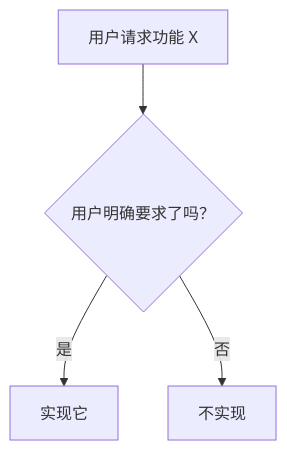
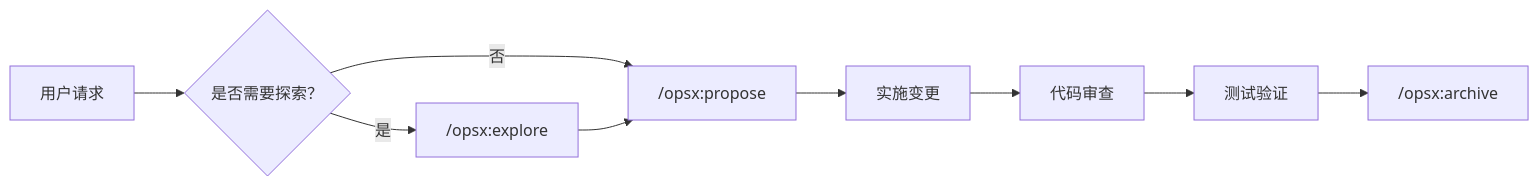
The diagram in .iflow/skills/fullstack-workflow/SKILL.md (lihaizhong/niuma), drawn with Mermaid before and after one commit. The commit also changed other lines of this file and 17 other files, not shown here.

````diff
--- a/.iflow/skills/fullstack-workflow/SKILL.md
+++ b/.iflow/skills/fullstack-workflow/SKILL.md
@@ -159,6 +48,11 @@
 ```mermaid
-flowchart TD
-    A[用户请求功能 X] --> B{用户明确要求了吗？}
-    B -->|是| C[实现它]
-    B -->|否| D[不实现]
+flowchart LR
+    A[用户请求] --> B{是否需要探索？}
+    B -->|是| C["/opsx:explore"]
+    B -->|否| D["/opsx:propose"]
+    C --> D
+    D --> E[实施变更]
+    E --> F[代码审查]
+    F --> G[测试验证]
+    G --> H["/opsx:archive"]
 ```
````
